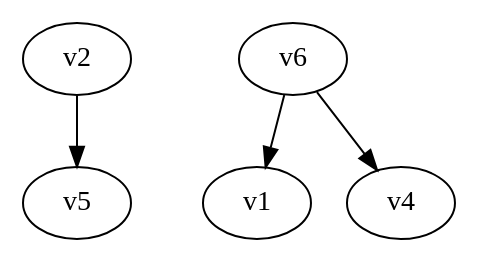
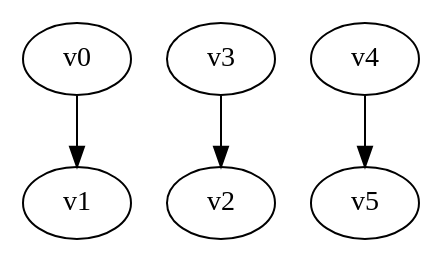
One commit to yadej/graph_project changed the diagram in digraph.dot. Above: the diagram before and after it, drawn with Graphviz. The commit also changed 7 other files, not shown here.

```diff
--- a/digraph.dot
+++ b/digraph.dot
@@ -1,5 +1,5 @@
 digraph G { 
-v2 -> v5;
-v6 -> v1;
-v6 -> v4;
+v0 -> v1;
+v3 -> v2;
+v4 -> v5;
 }
```
